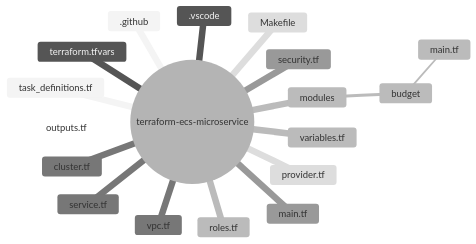
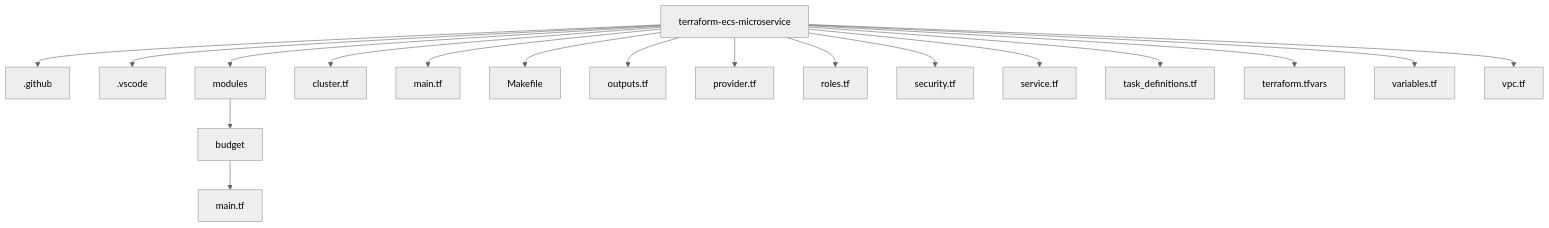
The diagram in README.md (amonvix/terraform-ecs-microservice), drawn with Mermaid (neutral theme) before and after one commit.

Commit message:
README:changed the mindset to flowchart helping the understanding

````diff
--- a/README.md
+++ b/README.md
@@ -50,21 +50,20 @@
 ```mermaid
-mindmap
-  root((terraform-ecs-microservice))
-    .github
-    .vscode
-    modules
-      budget
-        main.tf
-    cluster.tf
-    main.tf
-    Makefile
-    outputs.tf
-    provider.tf
-    roles.tf
-    security.tf
-    service.tf
-    task_definitions.tf
-    terraform.tfvars
-    variables.tf
-    vpc.tf
+flowchart TD
+  A[terraform-ecs-microservice] --> B[.github]
+  A --> C[.vscode]
+  A --> D[modules]
+  D --> E[budget]
+  E --> F[main.tf]
+  A --> G[cluster.tf]
+  A --> H[main.tf]
+  A --> I[Makefile]
+  A --> J[outputs.tf]
+  A --> K[provider.tf]
+  A --> L[roles.tf]
+  A --> M[security.tf]
+  A --> N[service.tf]
+  A --> O[task_definitions.tf]
+  A --> P[terraform.tfvars]
+  A --> Q[variables.tf]
+  A --> R[vpc.tf]
 ```
````
